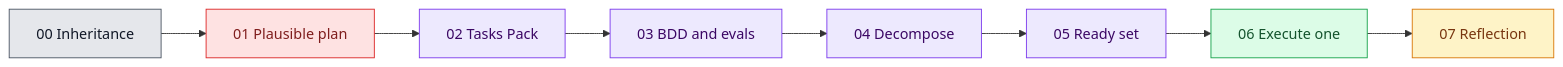
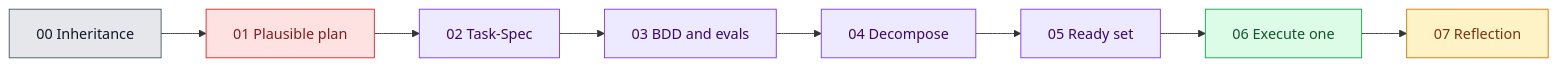
Before and after one commit to emersonnaka/uc-transact-co: the diagram in live/d3/README.md, drawn with Mermaid. The commit also changed other lines of this file and 42 other files, not shown here.

````diff
--- a/live/d3/README.md
+++ b/live/d3/README.md
@@ -15,21 +15,21 @@
 ```mermaid
 flowchart LR
     S0[00 Inheritance] --> S1[01 Plausible plan]
-    S1 --> S2[02 Tasks Pack]
+    S1 --> S2[02 Task-Spec]
     S2 --> S3[03 BDD and evals]
     S3 --> S4[04 Decompose]
     S4 --> S5[05 Ready set]
     S5 --> S6[06 Execute one]
     S6 --> S7[07 Reflection]
 
     classDef setup fill:#E5E7EB,stroke:#4B5563,color:#111827
     classDef fail fill:#FEE2E2,stroke:#DC2626,color:#7F1D1D
     classDef spec fill:#EDE9FE,stroke:#7C3AED,color:#3B0764
     classDef build fill:#DCFCE7,stroke:#16A34A,color:#14532D
     classDef human fill:#FEF3C7,stroke:#D97706,color:#78350F
     class S0 setup
     class S1 fail
     class S2,S3,S4,S5 spec
     class S6 build
     class S7 human
 ```
````
